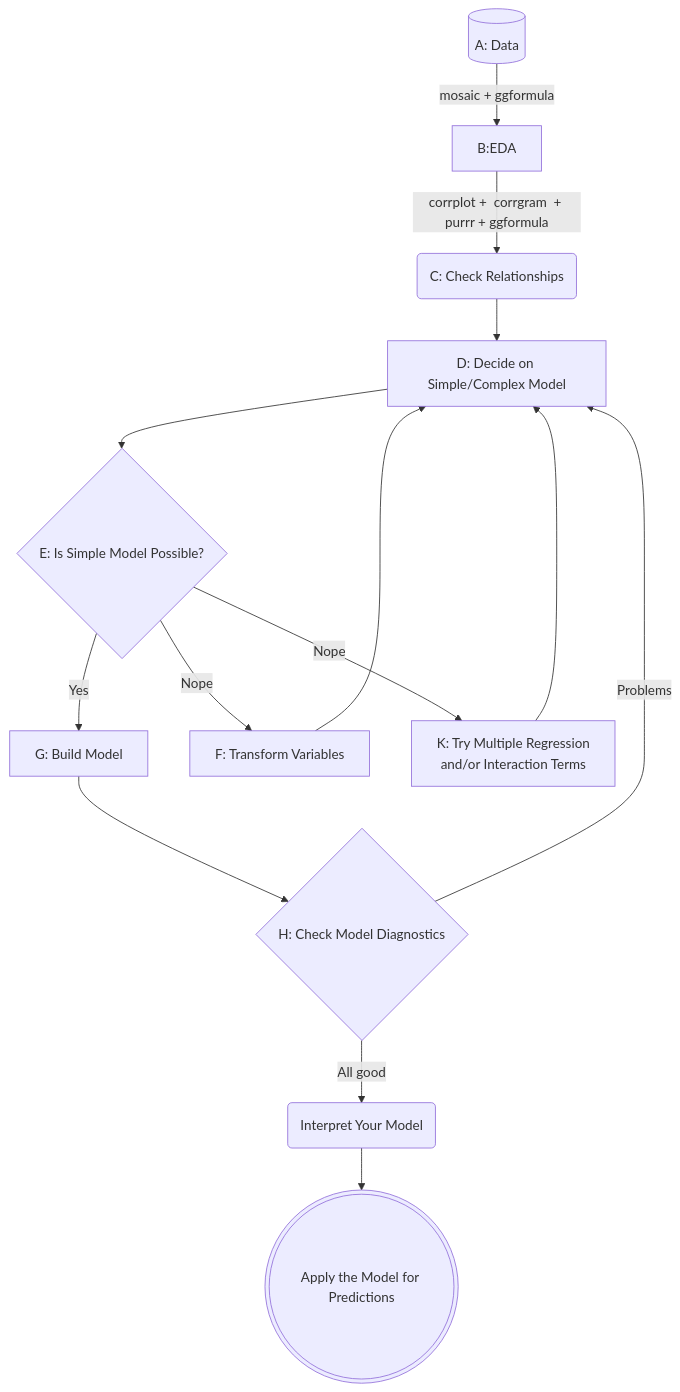
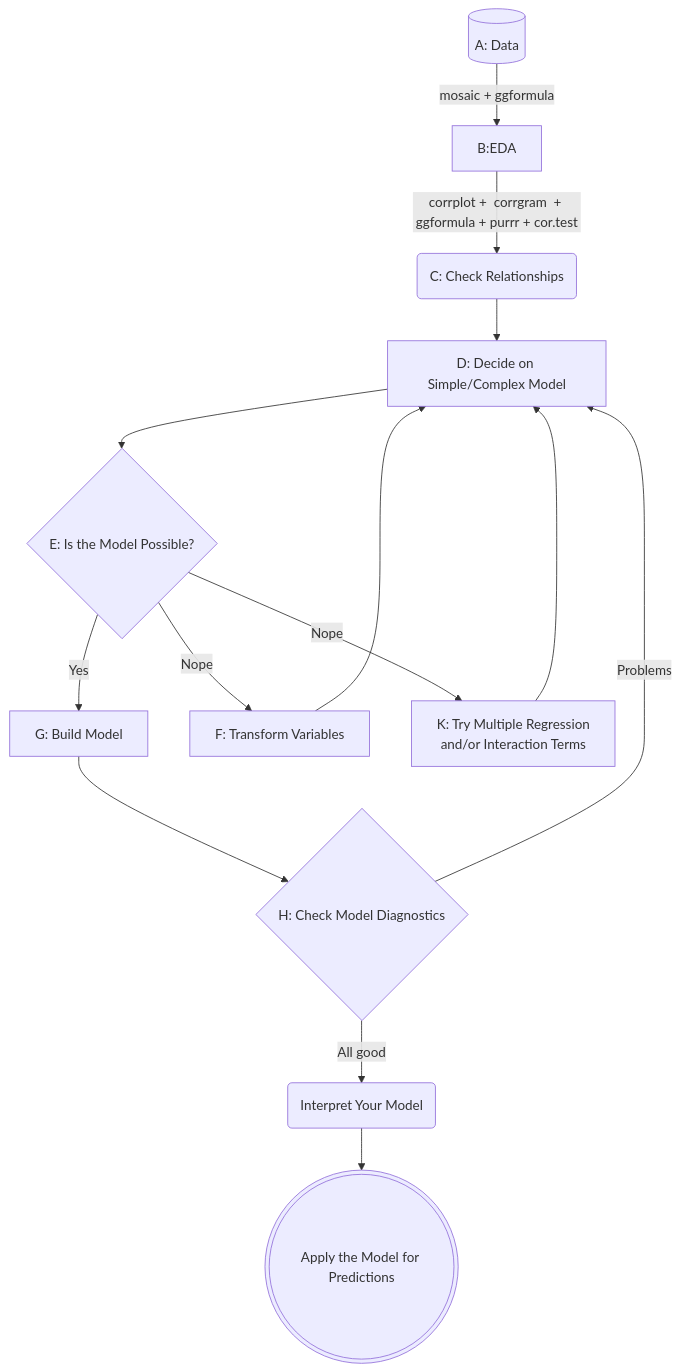
One commit to arvindvenkatadri/teachingtriz changed the diagram in content/courses/Analytics/Modelling/Modules/LinReg/LinReg.qmd. Above: the diagram before and after it, drawn with Mermaid. The commit also changed other lines of this file and 653 other files, not shown here.

````diff
--- a/content/courses/Analytics/Modelling/Modules/LinReg/LinReg.qmd
+++ b/content/courses/Analytics/Modelling/Modules/LinReg/LinReg.qmd
@@ -881,17 +904,17 @@
 ```{mermaid}
 %%| echo: false
 flowchart TD
     A[(A: Data)] -->|mosaic  +  ggformula|B[B:EDA] 
-    B --> |corrplot +  corrgram  + purrr + ggformula| C(C: Check Relationships)
+    B --> |corrplot +  corrgram  + ggformula + purrr + cor.test| C(C: Check Relationships)
     C --> D[D: Decide on Simple/Complex Model]
-    D --> E{E: Is Simple Model Possible?}
+    D --> E{E: Is the Model Possible?}
     E --> |Yes| G[G: Build Model]
     E -->|Nope| F[F: Transform Variables]
     E -->|Nope| K[K: Try Multiple Regression <br> and/or Interaction Terms]
     K --> D
     F --> D
     G --> H{H: Check Model Diagnostics}
     H --> |Problems| D
     H --> |All   good| I(Interpret Your Model)
     I --> J(((Apply the Model for Predictions)))
 ```
````
